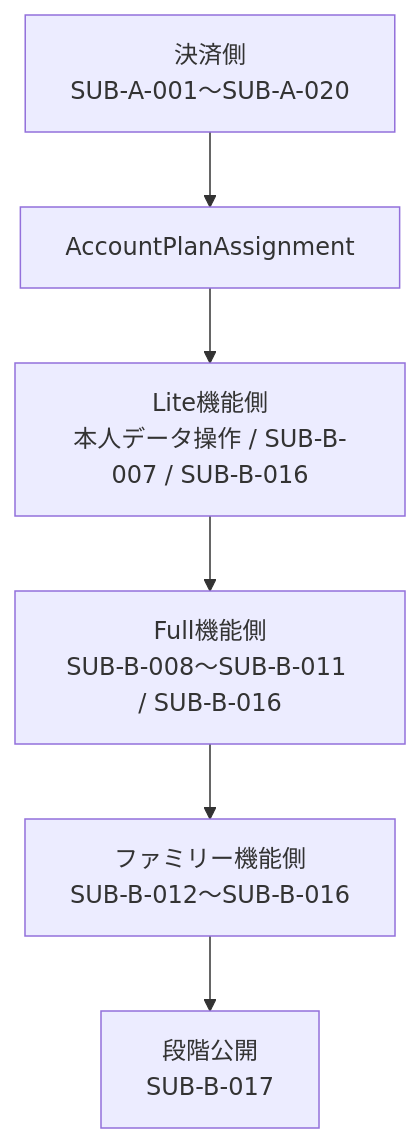
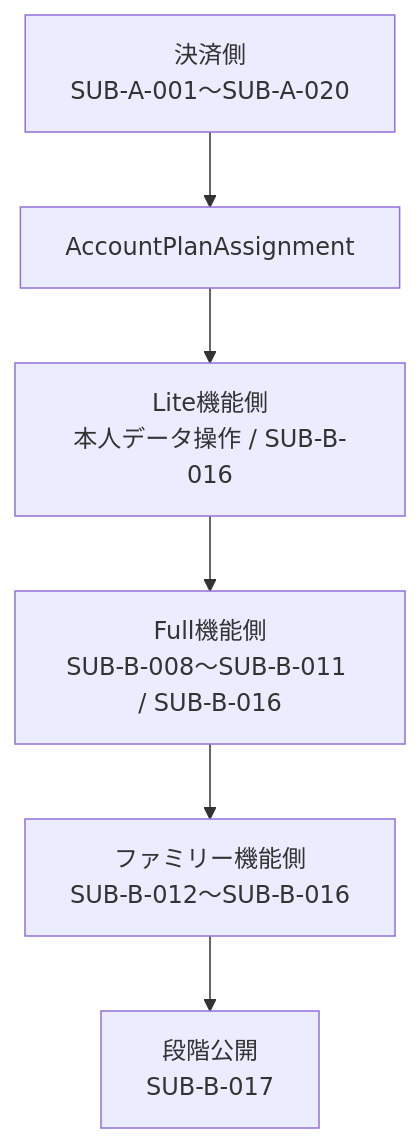
The third of 3 diagrams in docs/development/subscription-remaining-tasks.md (kkyosuke/me-builder), drawn with Mermaid before and after one commit. The commit also changed other lines of this file and 13 other files, not shown here.

````diff
--- a/docs/development/subscription-remaining-tasks.md
+++ b/docs/development/subscription-remaining-tasks.md
@@ -99,8 +99,8 @@
 ```mermaid
 flowchart TD
     A[決済側<br/>SUB-A-001〜SUB-A-020] --> I[AccountPlanAssignment]
-    I --> L[Lite機能側<br/>本人データ操作 / SUB-B-007 / SUB-B-016]
+    I --> L[Lite機能側<br/>本人データ操作 / SUB-B-016]
     L --> U[Full機能側<br/>SUB-B-008〜SUB-B-011 / SUB-B-016]
     U --> F[ファミリー機能側<br/>SUB-B-012〜SUB-B-016]
     F --> R[段階公開<br/>SUB-B-017]
 ```
````
